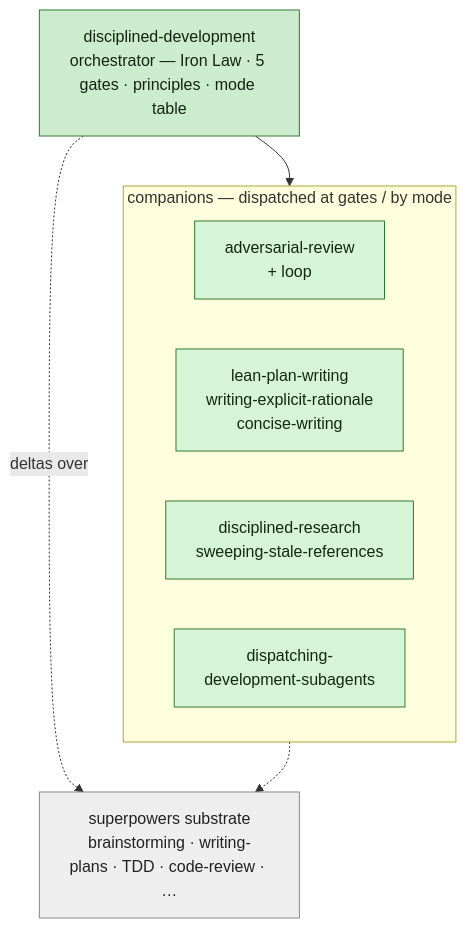
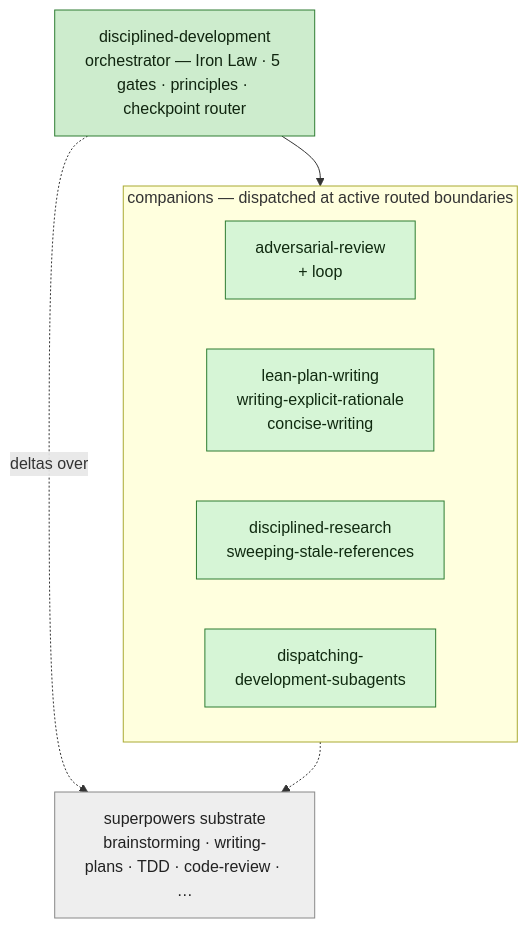
The second of 7 diagrams in ARCHITECTURE.md (midris/disciplined-development-skills), drawn with Mermaid before and after one commit. The commit also changed other lines of this file and 11 other files, not shown here.

First line of the commit message:
feat(validation): add charter-first executable evidence

````diff
--- a/ARCHITECTURE.md
+++ b/ARCHITECTURE.md
@@ -74,21 +74,21 @@
 ```mermaid
 flowchart TB
-    DD["disciplined-development<br/>orchestrator — Iron Law · 5 gates · principles · mode table"]
-    subgraph COMP["companions — dispatched at gates / by mode"]
+    DD["disciplined-development<br/>orchestrator — Iron Law · 5 gates · principles · checkpoint router"]
+    subgraph COMP["companions — dispatched at active routed boundaries"]
         direction LR
         REV["adversarial-review<br/>+ loop"]
         AUTH["lean-plan-writing<br/>writing-explicit-rationale<br/>concise-writing"]
         GR["disciplined-research<br/>sweeping-stale-references"]
         DSP["dispatching-<br/>development-subagents"]
     end
     SP["superpowers substrate<br/>brainstorming · writing-plans · TDD · code-review · …"]
     DD --> COMP
     DD -.->|"deltas over"| SP
     COMP -.-> SP
     classDef o fill:#cdeccd,stroke:#2e7d32,color:#10250f;
     classDef c fill:#d6f5d6,stroke:#2e7d32,color:#102a10;
     classDef sp fill:#eeeeee,stroke:#888888,color:#222222;
     class DD o
     class REV,AUTH,GR,DSP c
     class SP sp
 ```
````
